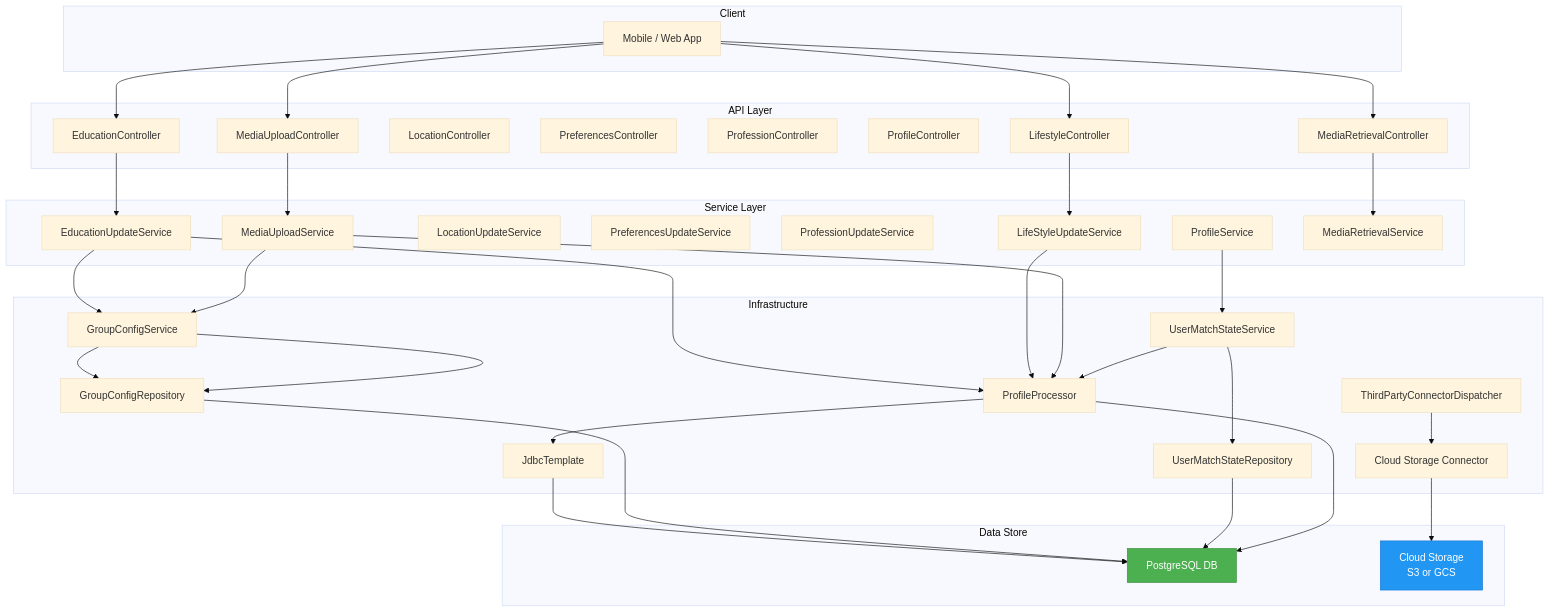
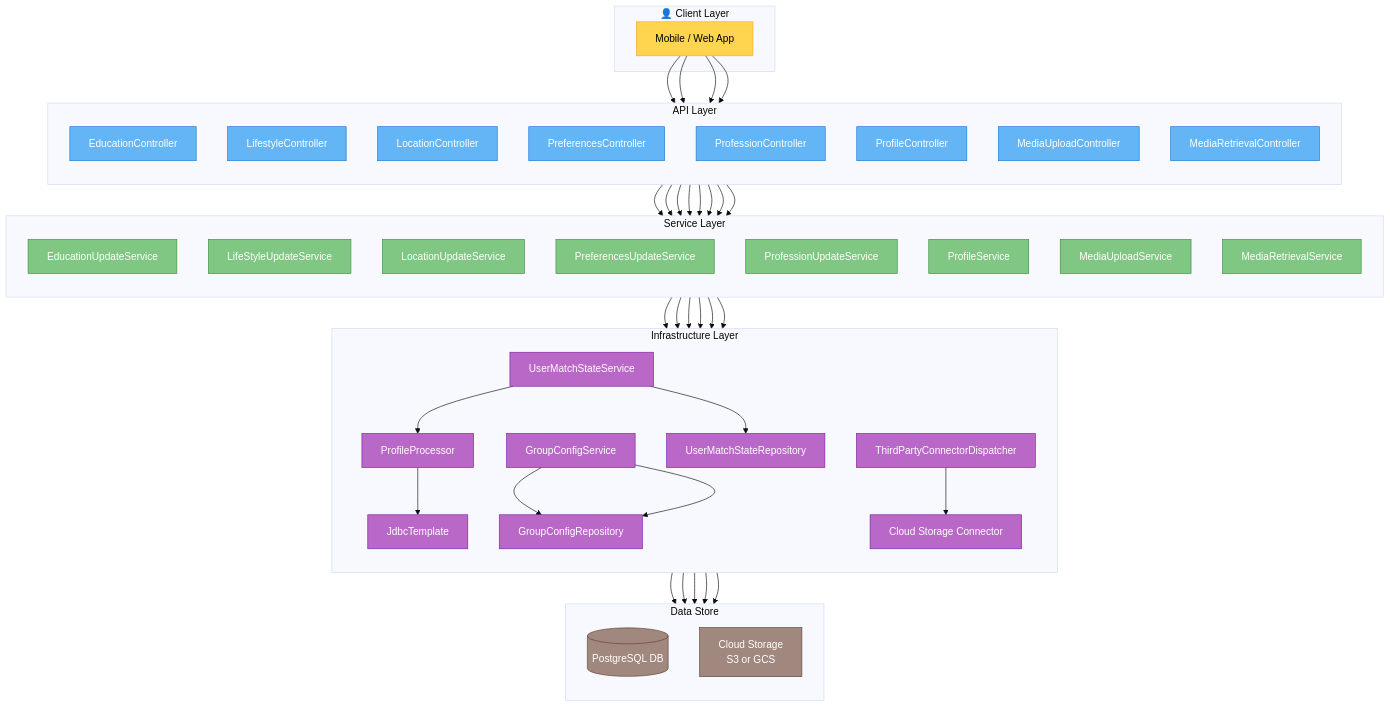
The first of 3 diagrams in docs/LLD/ProgressiveProfiling.md (kagit00/flairbit), drawn with Mermaid (base theme) before and after one commit.

````diff
--- a/docs/LLD/ProgressiveProfiling.md
+++ b/docs/LLD/ProgressiveProfiling.md
@@ -84,10 +84,13 @@
 ```mermaid
-graph TD
-    subgraph Client
+flowchart TB
+    %% === CLIENT LAYER ===
+    subgraph CLIENT [👤 Client Layer]
         A[Mobile / Web App]
     end
 
-    subgraph API_Layer [API Layer]
+    %% === API LAYER ===
+    subgraph API [ API Layer]
+        direction TB
         B[EducationController]
         C[LifestyleController]
         D[LocationController]
@@ -98,7 +101,9 @@
         I[MediaRetrievalController]
     end
 
-    subgraph Service_Layer [Service Layer]
+    %% === SERVICE LAYER ===
+    subgraph SERVICE [Service Layer]
+        direction TB
         J[EducationUpdateService]
         K[LifeStyleUpdateService]
         L[LocationUpdateService]
@@ -109,44 +114,60 @@
         Q[MediaRetrievalService]
     end
 
-    subgraph Infrastructure
+    %% === INFRASTRUCTURE LAYER ===
+    subgraph INFRA [Infrastructure Layer]
+        direction TB
         R[ProfileProcessor] --> S[JdbcTemplate]
         T[GroupConfigService] --> U[GroupConfigRepository]
         V[UserMatchStateService] --> W[UserMatchStateRepository]
         X[ThirdPartyConnectorDispatcher] --> Y[Cloud Storage Connector]
     end
 
-    subgraph Data_Store [Data Store]
-        S --> Z[PostgreSQL DB]
+    %% === DATA STORE ===
+    subgraph DATA [Data Store]
+        direction TB
+        S --> Z[(PostgreSQL DB)]
         U --> Z
         W --> Z
         Y --> AA["Cloud Storage<br/>S3 or GCS"]
     end
 
-    A --> B
-    A --> C
-    A --> H
-    A --> I
+    %% === FLOW CONNECTIONS ===
+    %% Client → API
+    A --> B & C & H & I
 
+    %% API → Service
     B --> J
     C --> K
+    D --> L
+    E --> M
+    F --> N
+    G --> O
     H --> P
     I --> Q
 
-    J --> R
-    K --> R
-    P --> R
-
-    J --> T
-    P --> T
-
+    %% Service → Infrastructure
+    J & K & P --> R
+    J & P --> T
     O --> V
     V --> R
 
+    %% Infrastructure → Data Store
     R --> Z
     T --> U
 
-    style Z fill:#4CAF50,stroke:#388E3C,color:white
-    style AA fill:#2196F3,stroke:#1976D2,color:white
+    %% === STYLING ===
+    %% Color scheme for layers
+    classDef client fill:#FFD54F,color:#000,stroke:#F9A825;
+    classDef api fill:#64B5F6,color:white,stroke:#1976D2;
+    classDef service fill:#81C784,color:white,stroke:#388E3C;
+    classDef infra fill:#BA68C8,color:white,stroke:#7B1FA2;
+    classDef data fill:#A1887F,color:white,stroke:#5D4037;
 
+    %% Assign styles
+    class A client;
+    class B,C,D,E,F,G,H,I api;
+    class J,K,L,M,N,O,P,Q service;
+    class R,S,T,U,V,W,X,Y infra;
+    class Z,AA data;
 ```
````
